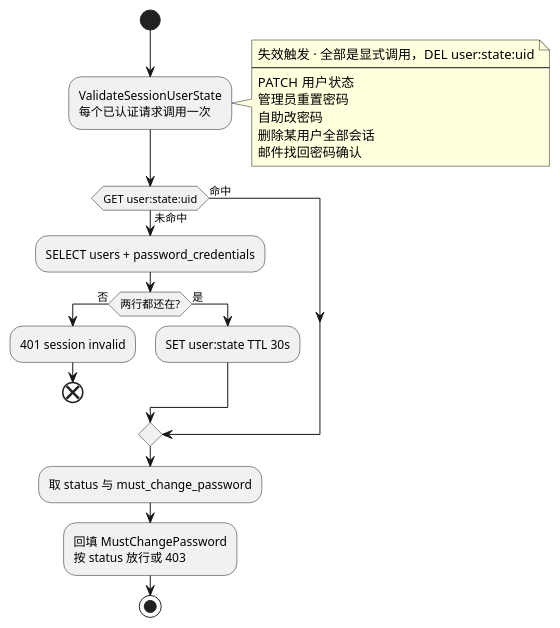
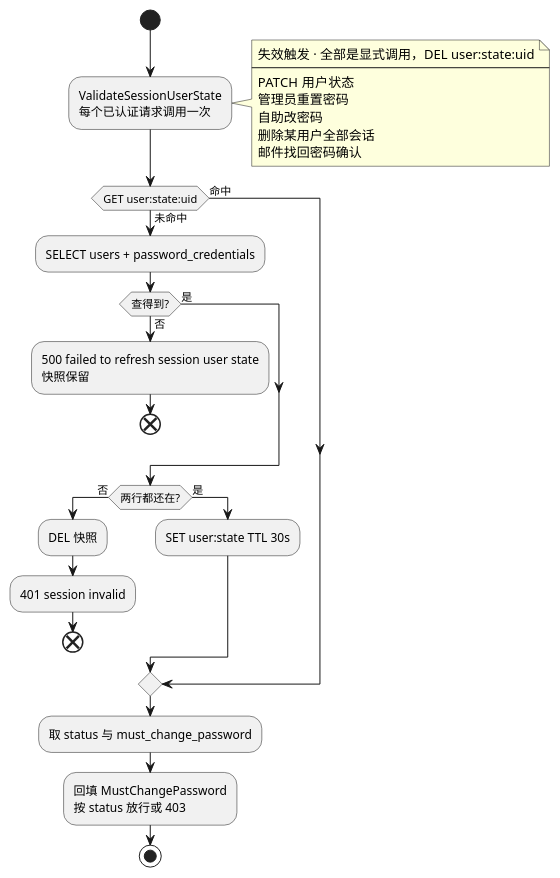
One commit to hydroan/gst changed the fifth of 6 diagrams in module/iam/SESSION.md. Above: the diagram before and after it, drawn with PlantUML. The commit also changed other lines of this file and 6 other files, not shown here.

First line of the commit message:
fix(iam): answer a session store or user state that cannot be read with 500 and keep the session

````diff
--- a/module/iam/SESSION.md
+++ b/module/iam/SESSION.md
@@ -206,30 +218,37 @@
 ```plantuml
 @startuml
 start
 :ValidateSessionUserState
 每个已认证请求调用一次;
 note right
   失效触发 · 全部是显式调用，DEL user:state:uid
   ----
   PATCH 用户状态
   管理员重置密码
   自助改密码
   删除某用户全部会话
   邮件找回密码确认
 end note
 if (GET user:state:uid) then (命中)
 else (未命中)
   :SELECT users + password_credentials;
+  if (查得到?) then (否)
+    :500 failed to refresh session user state
+    快照保留;
+    end
+  else (是)
+  endif
   if (两行都还在?) then (否)
+    :DEL 快照;
     :401 session invalid;
     end
   else (是)
     :SET user:state TTL 30s;
   endif
 endif
 :取 status 与 must_change_password;
 :回填 MustChangePassword
 按 status 放行或 403;
 stop
 @enduml
 ```
````
